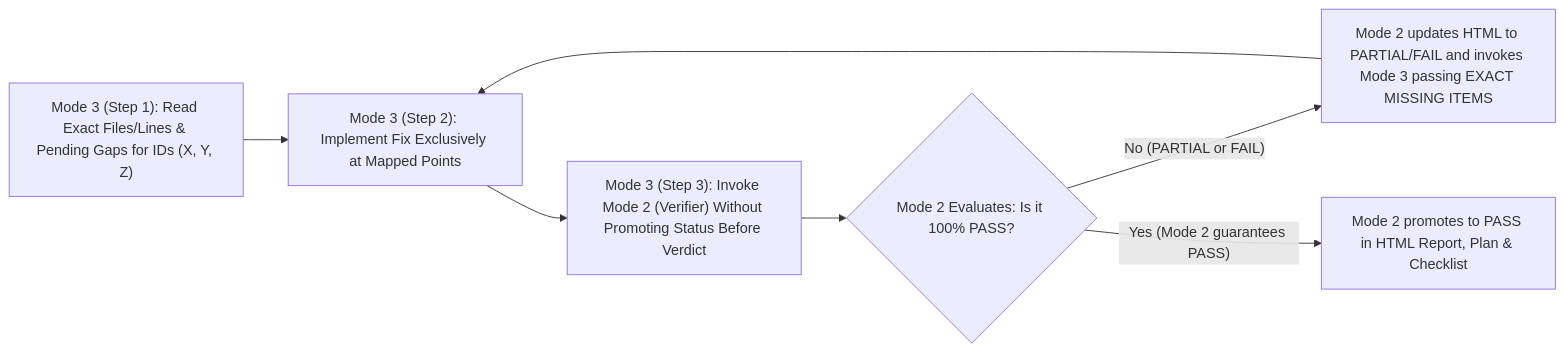
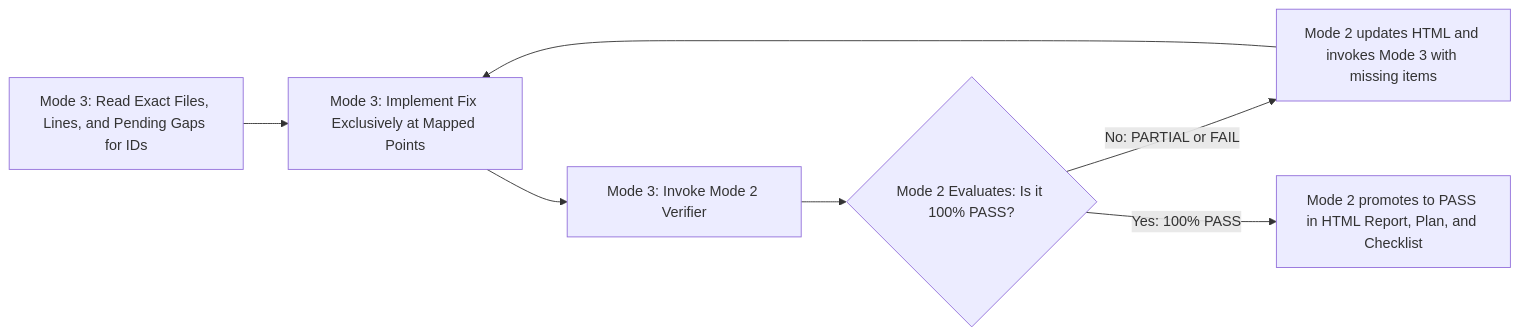
The fourth of 4 diagrams in .agents/skills/owasp-iot-auditor/SKILL.md (BrunoReiff/embed-sec-auditor), drawn with Mermaid before and after one commit. The commit also changed other lines of this file and 4 other files, not shown here.

Commit message:
fix(docs): resolve GitHub Mermaid syntax error across README and SKILL.md

````diff
--- a/.agents/skills/owasp-iot-auditor/SKILL.md
+++ b/.agents/skills/owasp-iot-auditor/SKILL.md
@@ -278,9 +278,9 @@
 ```mermaid
 flowchart LR
-    S1["Mode 3 (Step 1): Read Exact Files/Lines & Pending Gaps for IDs (X, Y, Z)"] --> S2["Mode 3 (Step 2): Implement Fix Exclusively at Mapped Points"]
-    S2 --> S3["Mode 3 (Step 3): Invoke Mode 2 (Verifier) Without Promoting Status Before Verdict"]
+    S1["Mode 3: Read Exact Files, Lines, and Pending Gaps for IDs"] --> S2["Mode 3: Implement Fix Exclusively at Mapped Points"]
+    S2 --> S3["Mode 3: Invoke Mode 2 Verifier"]
     S3 --> V2{"Mode 2 Evaluates: Is it 100% PASS?"}
-    V2 -->|"No (PARTIAL or FAIL)"| S_DELTA["Mode 2 updates HTML to PARTIAL/FAIL and invokes Mode 3 passing EXACT MISSING ITEMS"]
+    V2 -->|No: PARTIAL or FAIL| S_DELTA["Mode 2 updates HTML and invokes Mode 3 with missing items"]
     S_DELTA --> S2
-    V2 -->|"Yes (Mode 2 guarantees PASS)"| S4["Mode 2 promotes to PASS in HTML Report, Plan & Checklist"]
+    V2 -->|Yes: 100% PASS| S4["Mode 2 promotes to PASS in HTML Report, Plan, and Checklist"]
 ```
````
